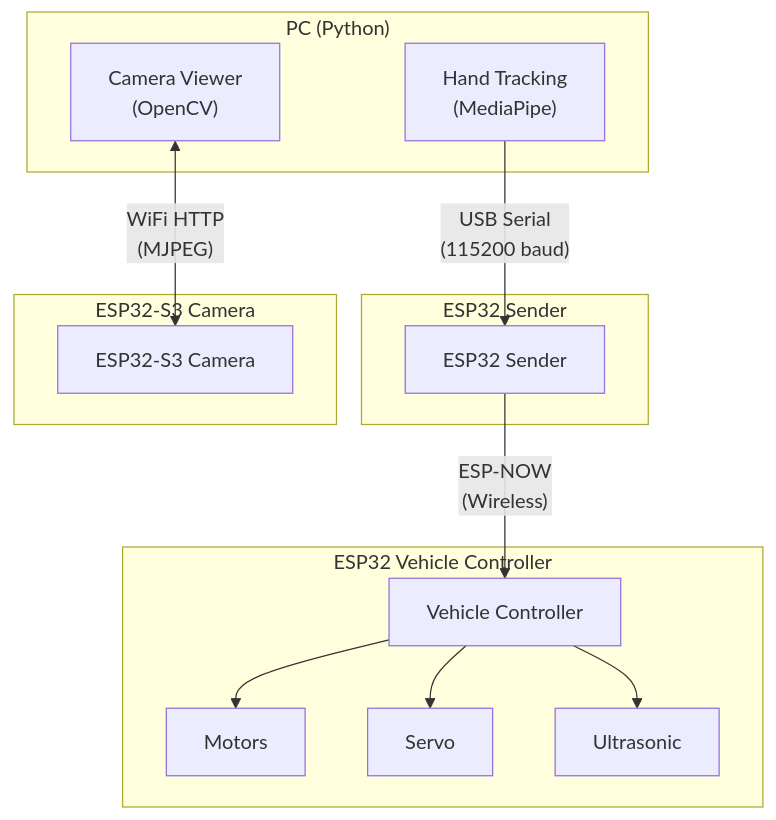
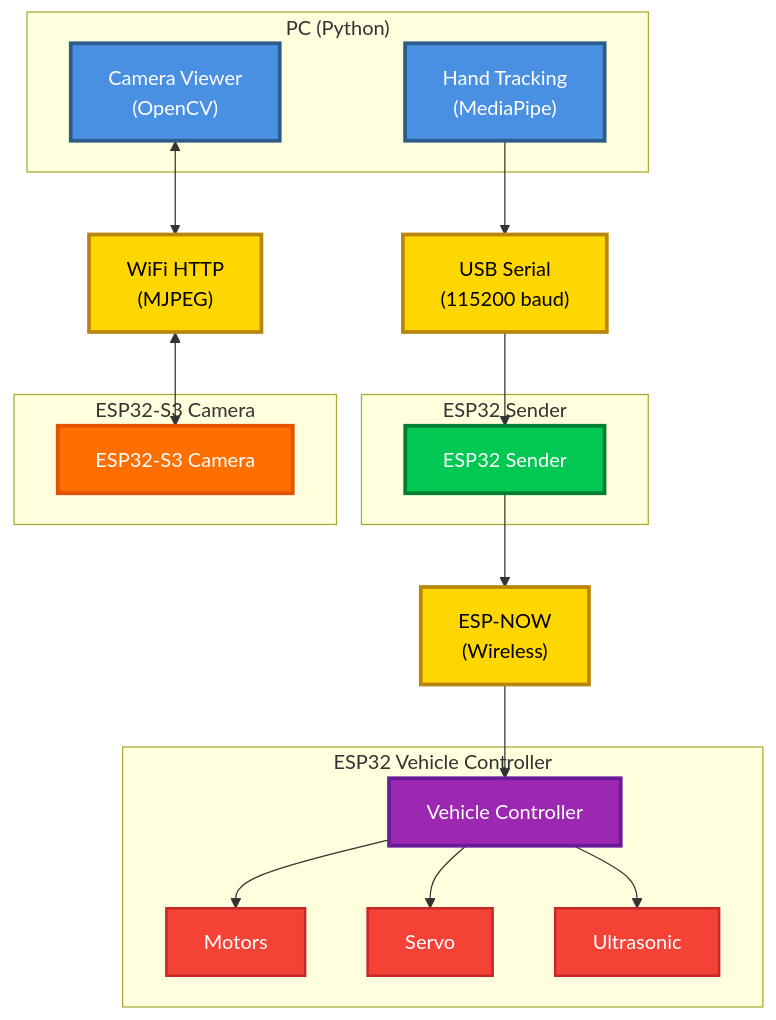
The diagram in README.md (Yaniv23/final-project-gesture-car), drawn with Mermaid before and after one commit.

Commit message:
improve mermaid

````diff
--- a/README.md
+++ b/README.md
@@ -16,29 +16,50 @@
 ```mermaid
 graph TB
     subgraph PC["PC (Python)"]
         HandTracker["Hand Tracking<br/>(MediaPipe)"]
         CameraViewer["Camera Viewer<br/>(OpenCV)"]
     end
     
     subgraph ESP32Sender["ESP32 Sender"]
         Sender["ESP32 Sender"]
     end
     
     subgraph ESP32Camera["ESP32-S3 Camera"]
         Camera["ESP32-S3 Camera"]
     end
     
     subgraph Vehicle["ESP32 Vehicle Controller"]
         Controller["Vehicle Controller"]
         Motors["Motors"]
         Servo["Servo"]
         Ultrasonic["Ultrasonic"]
     end
     
-    HandTracker -->|"USB Serial<br/>(115200 baud)"| Sender
-    CameraViewer <-->|"WiFi HTTP<br/>(MJPEG)"| Camera
-    Sender -->|"ESP-NOW<br/>(Wireless)"| Controller
+    USBProtocol["USB Serial<br/>(115200 baud)"]
+    WiFiProtocol["WiFi HTTP<br/>(MJPEG)"]
+    ESPNOWProtocol["ESP-NOW<br/>(Wireless)"]
+    
+    HandTracker --> USBProtocol
+    USBProtocol --> Sender
+    CameraViewer <--> WiFiProtocol
+    WiFiProtocol <--> Camera
+    Sender --> ESPNOWProtocol
+    ESPNOWProtocol --> Controller
     Controller --> Motors
     Controller --> Servo
     Controller --> Ultrasonic
+
+    classDef pcStyle fill:#4A90E2,stroke:#2E5C8A,stroke-width:3px,color:#fff
+    classDef esp32Style fill:#00C853,stroke:#007E33,stroke-width:3px,color:#fff
+    classDef cameraStyle fill:#FF6F00,stroke:#E65100,stroke-width:3px,color:#fff
+    classDef vehicleStyle fill:#9C27B0,stroke:#6A1B9A,stroke-width:3px,color:#fff
+    classDef hardwareStyle fill:#F44336,stroke:#C62828,stroke-width:2px,color:#fff
+    classDef commStyle fill:#FFD700,stroke:#B8860B,stroke-width:3px,color:#000
+    
+    class HandTracker,CameraViewer pcStyle
+    class Sender esp32Style
+    class Camera cameraStyle
+    class Controller vehicleStyle
+    class Motors,Servo,Ultrasonic hardwareStyle
+    class USBProtocol,WiFiProtocol,ESPNOWProtocol commStyle
 ```
````
